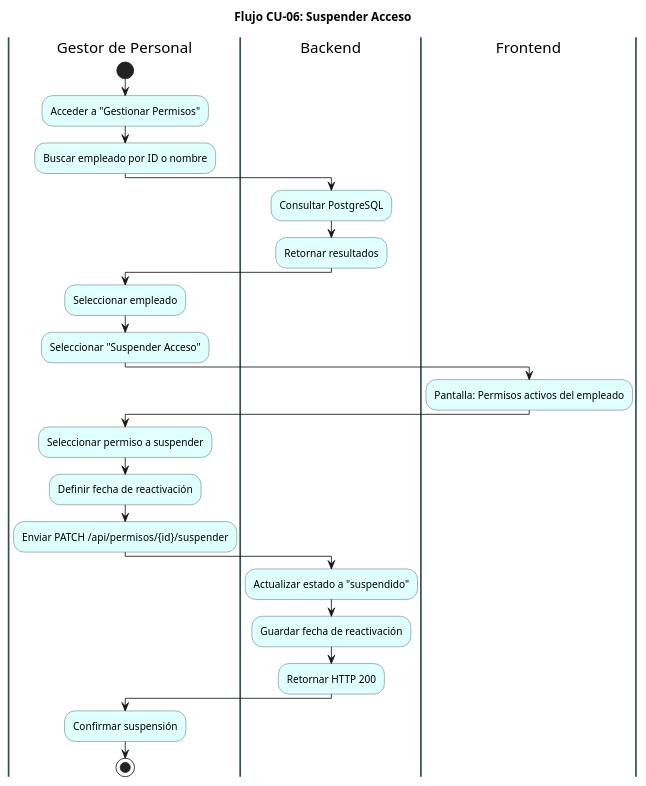
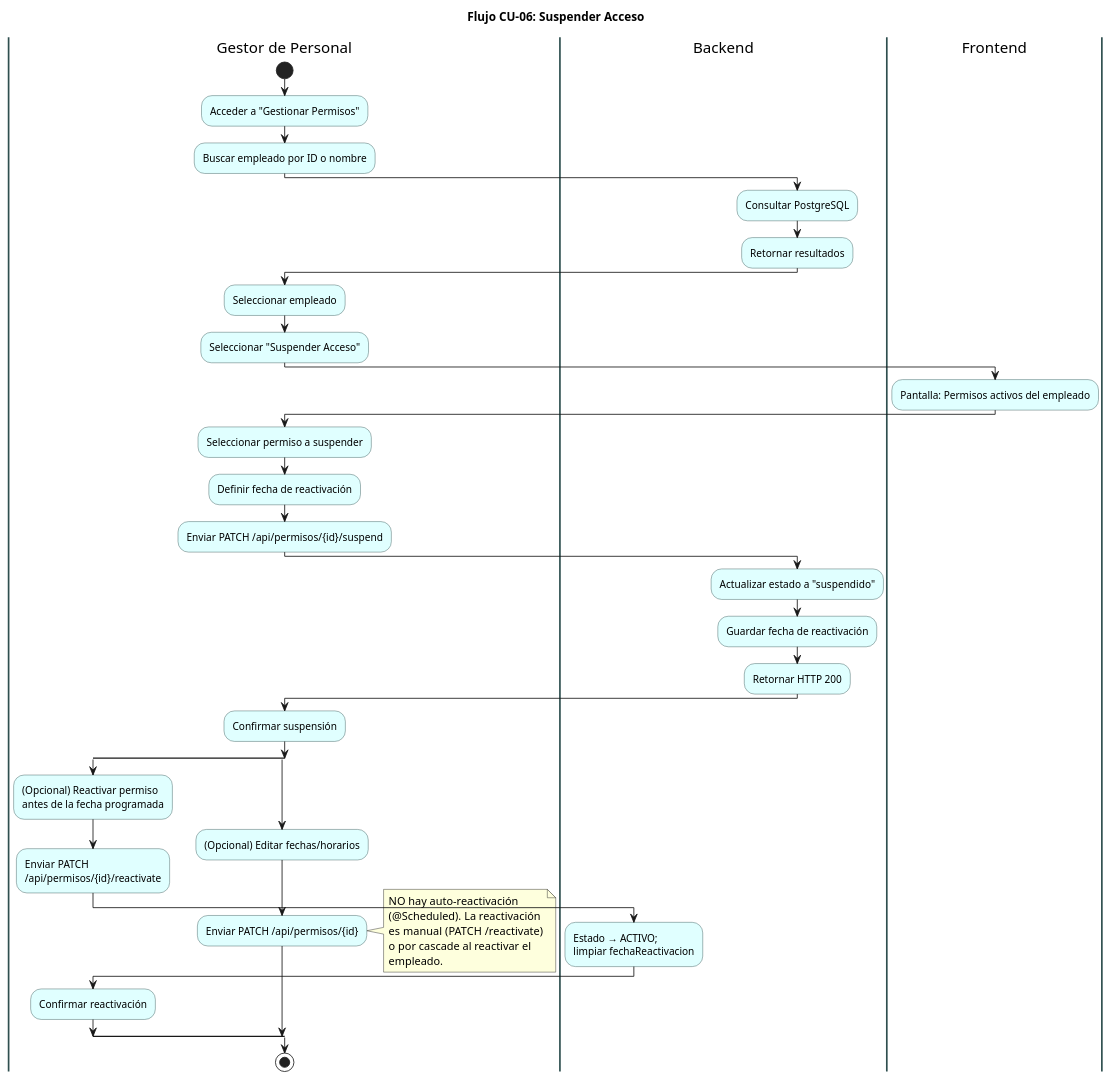
Before and after one commit to ElianMMCode/Zone-Control: the diagram in docs/diagramas/flujo/11_flujo_suspender_acceso.puml, drawn with PlantUML. The commit also changed 15 other files, not shown here.

First line of the commit message:
docs: sync implemented/pending state across plan, diagrams and HUs

```diff
--- a/docs/diagramas/flujo/11_flujo_suspender_acceso.puml
+++ b/docs/diagramas/flujo/11_flujo_suspender_acceso.puml
@@ -1,50 +1,70 @@
 @startuml
 title Flujo CU-06: Suspender Acceso
 skinparam activity {
   BackgroundColor LightCyan
   BorderColor DarkSlateGray
 }
 skinparam swimlane {
   BorderColor DarkSlateGray
   BorderThickness 2
 }
 
 |Gestor de Personal|
 start
 :Acceder a "Gestionar Permisos";
 
 :Buscar empleado por ID o nombre;
 
 |Backend|
 :Consultar PostgreSQL;
 
 :Retornar resultados;
 
 |Gestor de Personal|
 :Seleccionar empleado;
 
 :Seleccionar "Suspender Acceso";
 
 |Frontend|
 :Pantalla: Permisos activos del empleado;
 
 |Gestor de Personal|
 :Seleccionar permiso a suspender;
 
 :Definir fecha de reactivación;
 
-:Enviar PATCH /api/permisos/{id}/suspender;
+:Enviar PATCH /api/permisos/{id}/suspend;
 
 |Backend|
 :Actualizar estado a "suspendido";
 
 :Guardar fecha de reactivación;
 
 :Retornar HTTP 200;
 
 |Gestor de Personal|
 :Confirmar suspensión;
 
+split
+  :(Opcional) Reactivar permiso\nantes de la fecha programada;
+  :Enviar PATCH\n/api/permisos/{id}/reactivate;
+  |Backend|
+  :Estado → ACTIVO;\nlimpiar fechaReactivacion;
+  |Gestor de Personal|
+  :Confirmar reactivación;
+split again
+  :(Opcional) Editar fechas/horarios;
+  :Enviar PATCH /api/permisos/{id};
+end split
+
+note right
+  NO hay auto-reactivación
+  (@Scheduled). La reactivación
+  es manual (PATCH /reactivate)
+  o por cascade al reactivar el
+  empleado.
+end note
+
 stop
 
 @enduml
```
